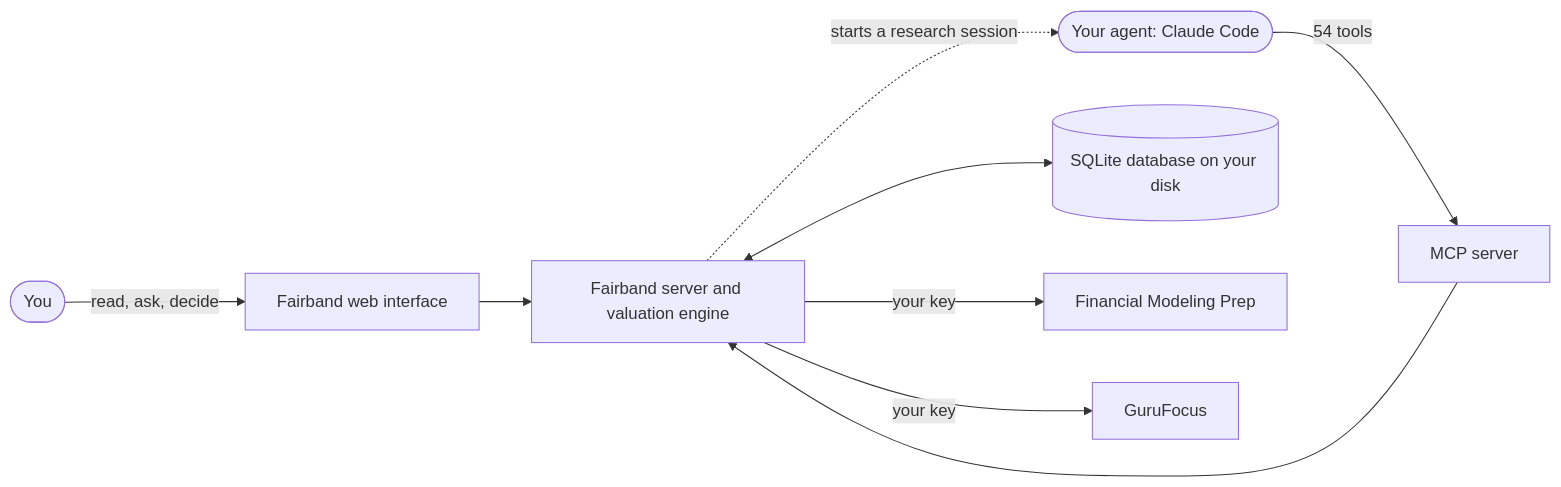
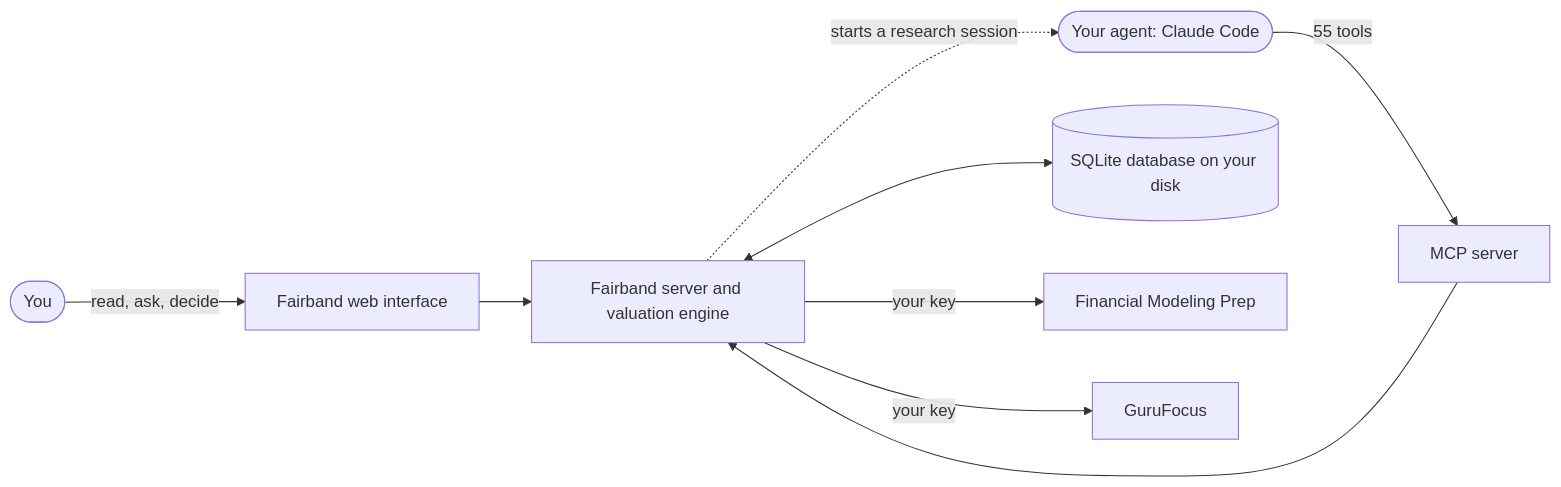
Before and after one commit to kabanami/fairband: the diagram in README.md, drawn with Mermaid. The commit also changed other lines of this file and 8 other files, not shown here.

````diff
--- a/README.md
+++ b/README.md
@@ -14,11 +14,11 @@
 ```mermaid
 flowchart LR
     you(["You"]) -- "read, ask, decide" --> pages["Fairband web interface"]
-    agent(["Your agent: Claude Code"]) -- "54 tools" --> mcp["MCP server"]
+    agent(["Your agent: Claude Code"]) -- "55 tools" --> mcp["MCP server"]
     pages --> server["Fairband server and valuation engine"]
     mcp --> server
     server -. "starts a research session" .-> agent
     server <--> db[("SQLite database on your disk")]
     server -- "your key" --> fmp["Financial Modeling Prep"]
     server -- "your key" --> gf["GuruFocus"]
 ```
````
